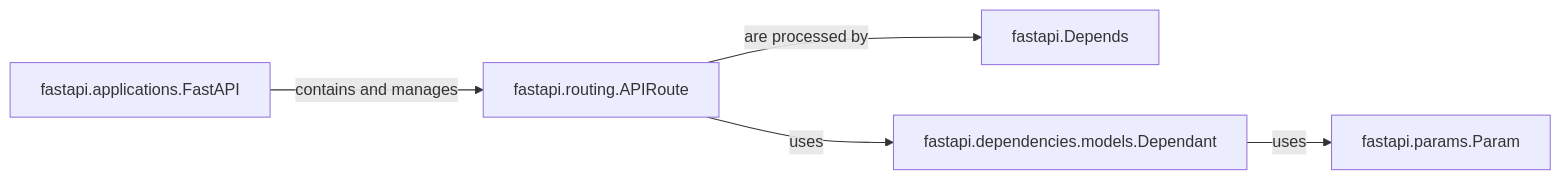
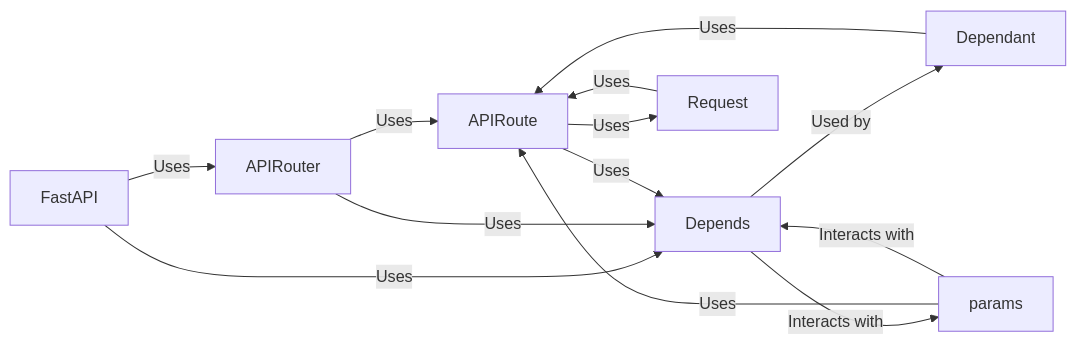
Before and after one commit to CodeBoarding/GeneratedOnBoardings: the diagram in fastapi/Dependency_Injection.md, drawn with Mermaid. The commit also changed other lines of this file and 6 other files, not shown here.

````diff
--- a/fastapi/Dependency_Injection.md
+++ b/fastapi/Dependency_Injection.md
@@ -1,12 +1,22 @@
 ```mermaid
 graph LR
-    fastapi_Depends["fastapi.Depends"]
-    fastapi_dependencies_models_Dependant["fastapi.dependencies.models.Dependant"]
-    fastapi_params_Param["fastapi.params.Param"]
-    fastapi_routing_APIRoute["fastapi.routing.APIRoute"]
-    fastapi_applications_FastAPI["fastapi.applications.FastAPI"]
-    fastapi_routing_APIRoute -- "uses" --> fastapi_dependencies_models_Dependant
-    fastapi_applications_FastAPI -- "contains and manages" --> fastapi_routing_APIRoute
-    fastapi_dependencies_models_Dependant -- "uses" --> fastapi_params_Param
-    fastapi_routing_APIRoute -- "are processed by" --> fastapi_Depends
+    FastAPI["FastAPI"]
+    APIRouter["APIRouter"]
+    APIRoute["APIRoute"]
+    Depends["Depends"]
+    Dependant["Dependant"]
+    Request["Request"]
+    params["params"]
+    FastAPI -- "Uses" --> APIRouter
+    FastAPI -- "Uses" --> Depends
+    APIRouter -- "Uses" --> APIRoute
+    APIRouter -- "Uses" --> Depends
+    APIRoute -- "Uses" --> Request
+    APIRoute -- "Uses" --> Depends
+    Depends -- "Used by" --> Dependant
+    Depends -- "Interacts with" --> params
+    Dependant -- "Uses" --> APIRoute
+    Request -- "Uses" --> APIRoute
+    params -- "Uses" --> APIRoute
+    params -- "Interacts with" --> Depends
 ```
````
